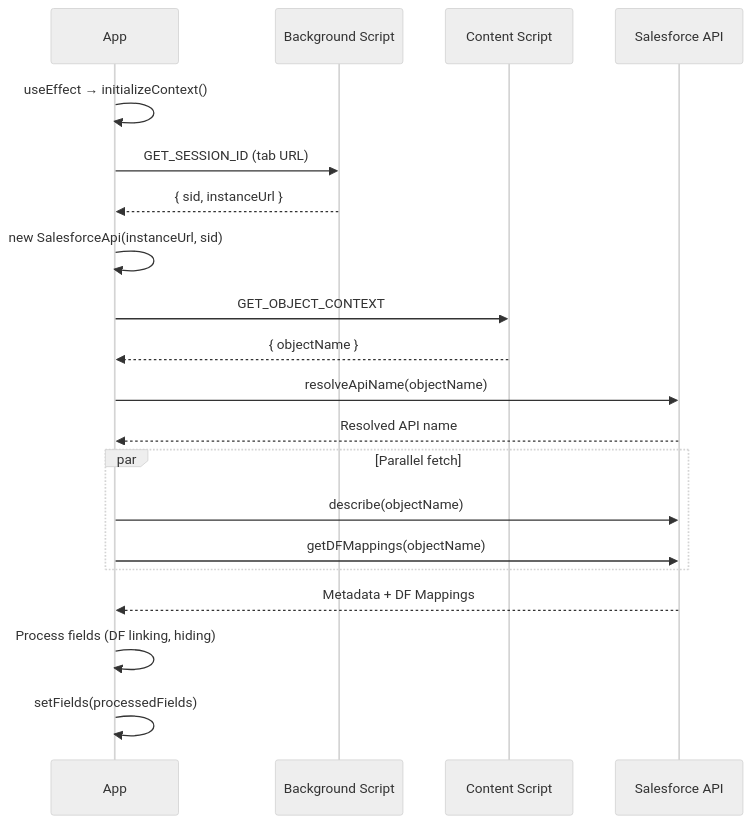
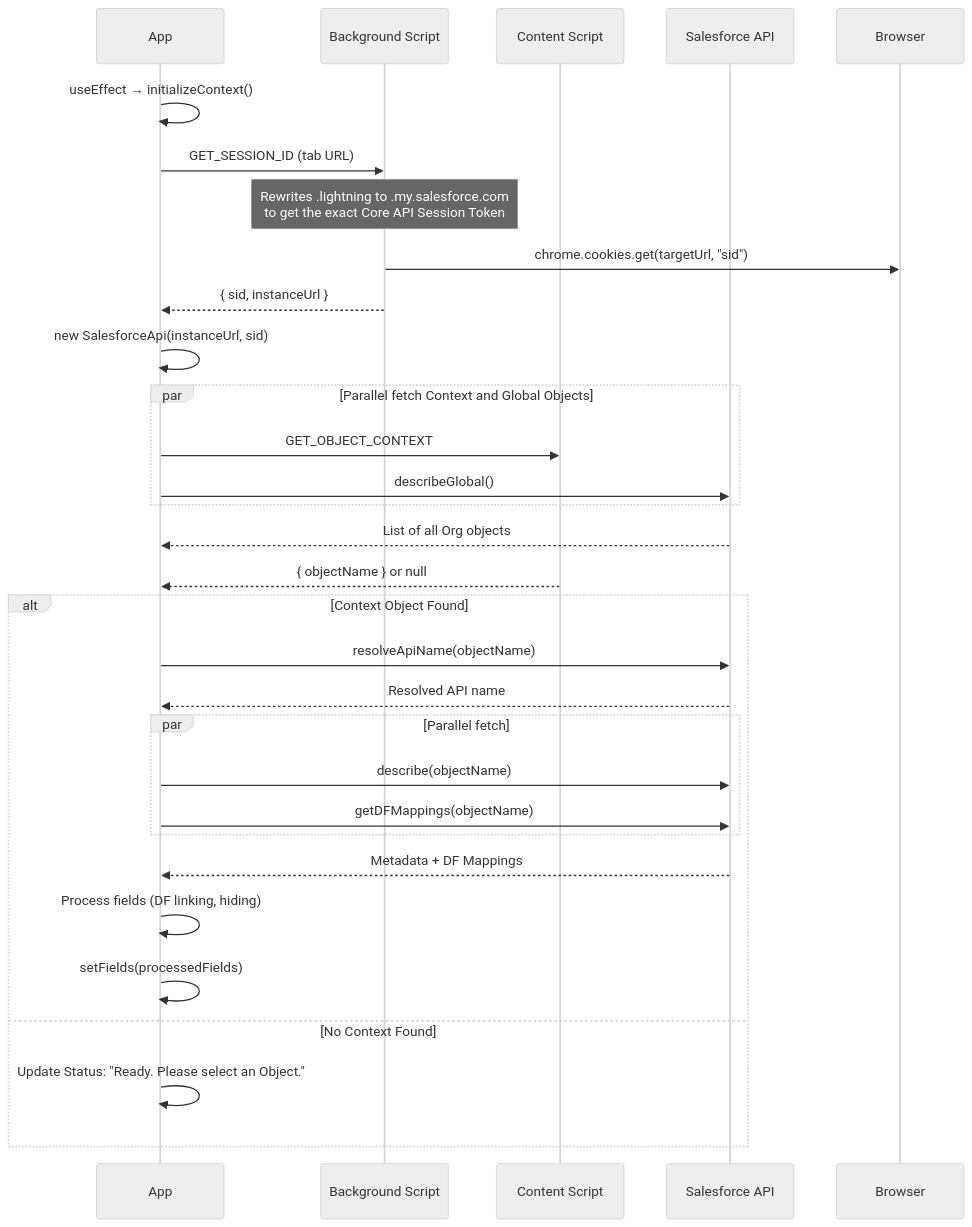
Before and after one commit to Ashuuniyal12/SFToFMDConvertorExtension: the second of 4 diagrams in Architecture.md, drawn with Mermaid (neutral theme). The commit also changed other lines of this file and 9 other files, not shown here.

````diff
--- a/Architecture.md
+++ b/Architecture.md
@@ -196,25 +199,37 @@
 ```mermaid
 sequenceDiagram
     participant App
     participant BG as Background Script
     participant CS as Content Script
     participant SF as Salesforce API
 
     App->>App: useEffect → initializeContext()
     App->>BG: GET_SESSION_ID (tab URL)
+    
+    note over BG: Rewrites .lightning to .my.salesforce.com<br/>to get the exact Core API Session Token
+    BG->>Browser: chrome.cookies.get(targetUrl, "sid")
     BG-->>App: { sid, instanceUrl }
     App->>App: new SalesforceApi(instanceUrl, sid)
-    App->>CS: GET_OBJECT_CONTEXT
-    CS-->>App: { objectName }
-    App->>SF: resolveApiName(objectName)
-    SF-->>App: Resolved API name
 
-    par Parallel fetch
-        App->>SF: describe(objectName)
-        App->>SF: getDFMappings(objectName)
+    par Parallel fetch Context and Global Objects
+        App->>CS: GET_OBJECT_CONTEXT
+        App->>SF: describeGlobal()
     end
 
-    SF-->>App: Metadata + DF Mappings
-    App->>App: Process fields (DF linking, hiding)
-    App->>App: setFields(processedFields)
+    SF-->>App: List of all Org objects
+    CS-->>App: { objectName } or null
+
+    alt Context Object Found
+        App->>SF: resolveApiName(objectName)
+        SF-->>App: Resolved API name
+        par Parallel fetch
+            App->>SF: describe(objectName)
+            App->>SF: getDFMappings(objectName)
+        end
+        SF-->>App: Metadata + DF Mappings
+        App->>App: Process fields (DF linking, hiding)
+        App->>App: setFields(processedFields)
+    else No Context Found
+        App->>App: Update Status: "Ready. Please select an Object."
+    end
 ```
````
